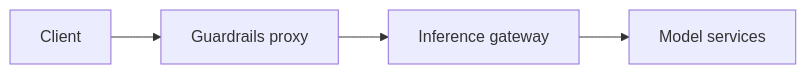
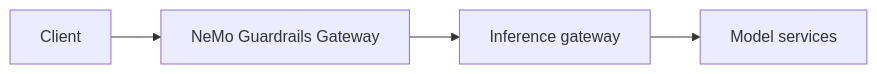
Before and after one commit to NVIDIA-NeMo/Guardrails: the diagram in docs/run-rails/using-proxy/deployment.mdx, drawn with Mermaid. The commit also changed other lines of this file and 19 other files, not shown here.

Commit message:
docs: name experimental proxy NeMo Guardrails Gateway (#2610)

````diff
--- a/docs/run-rails/using-proxy/deployment.mdx
+++ b/docs/run-rails/using-proxy/deployment.mdx
@@ -50,6 +50,6 @@
 ```mermaid
 flowchart LR
-    Client["Client"] --> Proxy["Guardrails proxy"]
+    Client["Client"] --> Proxy["NeMo Guardrails Gateway"]
     Proxy --> Gateway["Inference gateway"]
     Gateway --> Models["Model services"]
 ```
````
